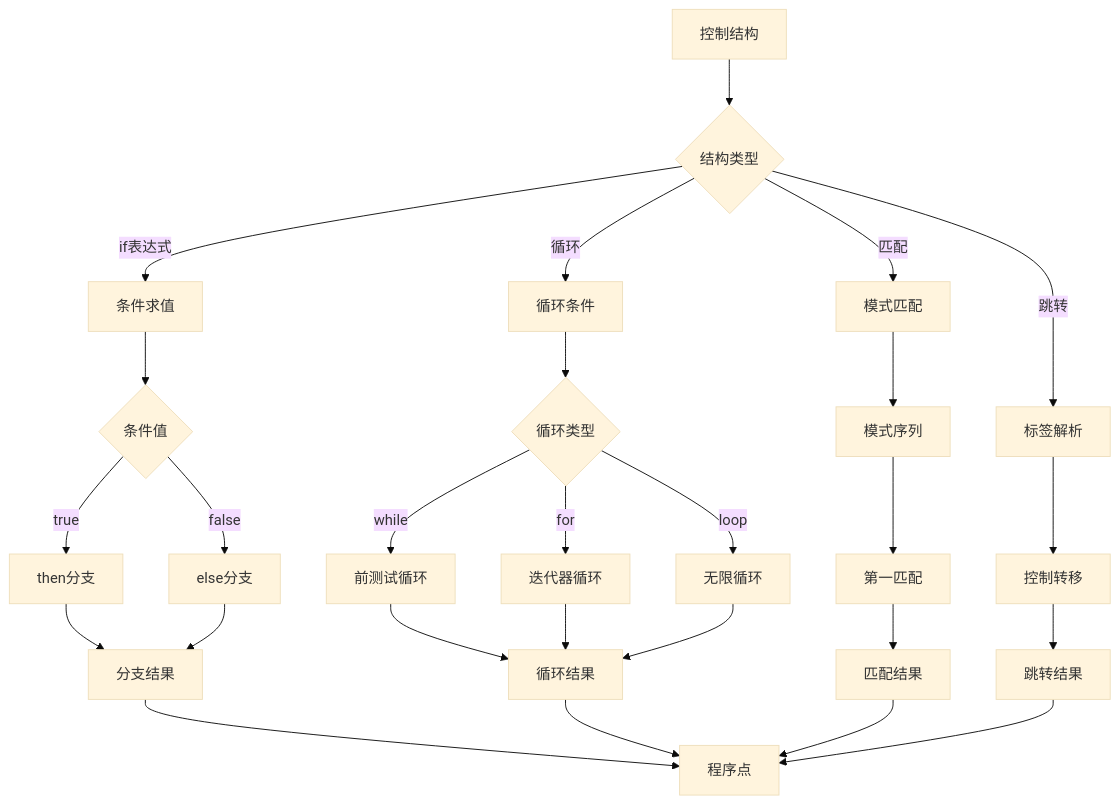
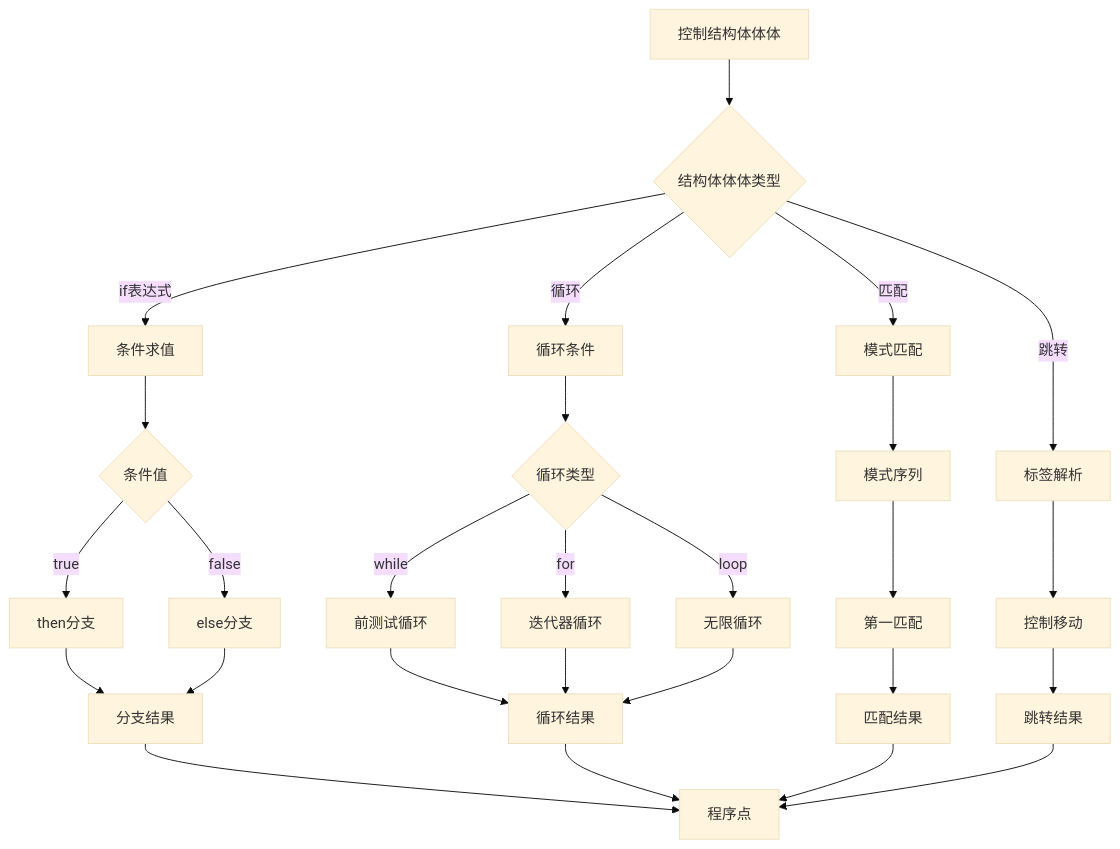
Before and after one commit to martin-ly/rust-lang: the diagram in formal_rust/refactor/01_core_theory/02_control_semantics/01_control_flow_semantics/03_control_structures_semantics.md, drawn with Mermaid (base theme). The commit also changed other lines of this file and 5740 other files, not shown here.

````diff
--- a/formal_rust/refactor/01_core_theory/02_control_semantics/01_control_flow_semantics/03_control_structures_semantics.md
+++ b/formal_rust/refactor/01_core_theory/02_control_semantics/01_control_flow_semantics/03_control_structures_semantics.md
@@ -48,36 +48,36 @@
 ```mermaid
 graph TD
-    A[控制结构] --> B{结构类型}
+    A[控制结构体体体] --> B{结构体体体类型}
     
     B -->|if表达式| C[条件求值]
     B -->|循环| D[循环条件]
     B -->|匹配| E[模式匹配]
     B -->|跳转| F[标签解析]
     
     C --> G{条件值}
     G -->|true| H[then分支]
     G -->|false| I[else分支]
     
     D --> J{循环类型}
     J -->|while| K[前测试循环]
     J -->|for| L[迭代器循环]
     J -->|loop| M[无限循环]
     
     E --> N[模式序列]
     N --> O[第一匹配]
     
-    F --> P[控制转移]
+    F --> P[控制移动]
     
     H --> Q[分支结果]
     I --> Q
     K --> R[循环结果]
     L --> R
     M --> R
     O --> S[匹配结果]
     P --> T[跳转结果]
     
     Q --> U[程序点]
     R --> U
     S --> U
     T --> U
 ```
````
